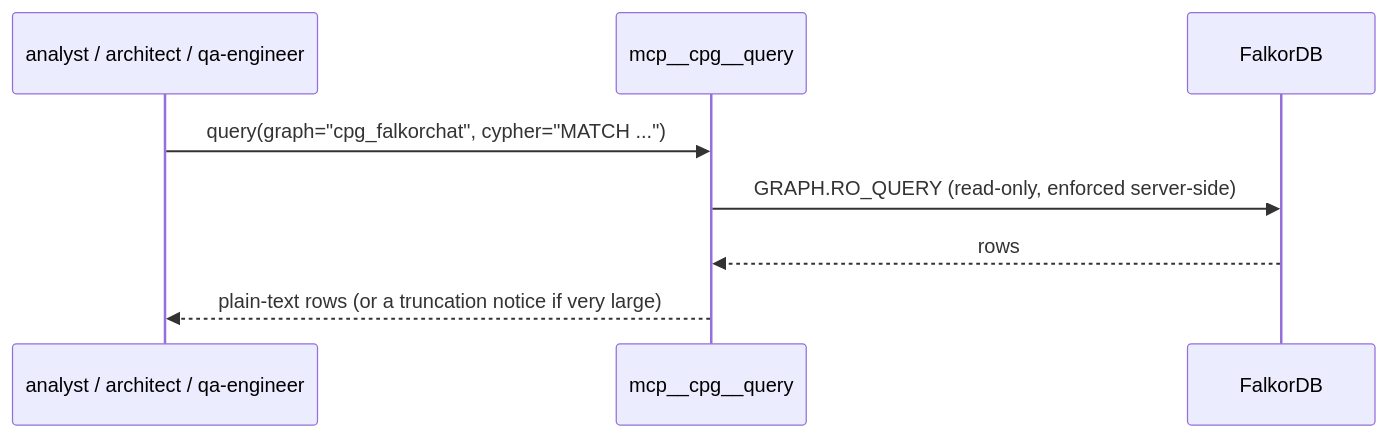
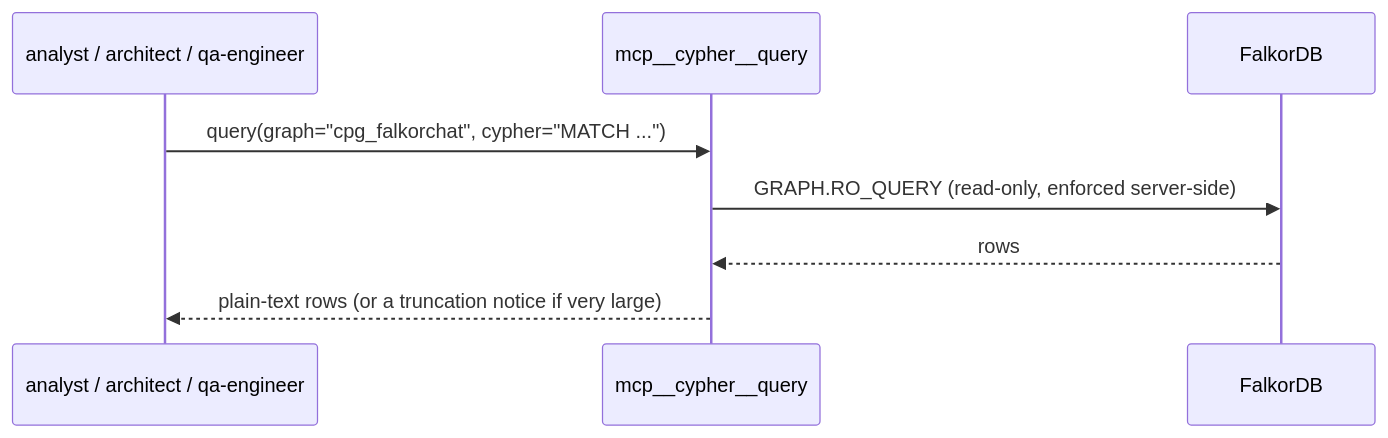
One commit to mauriciobs666/graphmind-ai-lab changed the third of 3 diagrams in docs/manuals/cpg-getting-started.md. Above: the diagram before and after it, drawn with Mermaid. The commit also changed other lines of this file and 18 other files, not shown here.

First line of the commit message:
docs(docs,mcp-monitor,falkor-chat): sweep for cpg->cypher rename, add M6 backlog section

````diff
--- a/docs/manuals/cpg-getting-started.md
+++ b/docs/manuals/cpg-getting-started.md
@@ -125,11 +125,11 @@
 ```mermaid
 sequenceDiagram
     participant Agent as analyst / architect / qa-engineer
-    participant Tool as mcp__cpg__query
+    participant Tool as mcp__cypher__query
     participant FalkorDB
 
     Agent->>Tool: query(graph="cpg_falkorchat", cypher="MATCH ...")
     Tool->>FalkorDB: GRAPH.RO_QUERY (read-only, enforced server-side)
     FalkorDB-->>Tool: rows
     Tool-->>Agent: plain-text rows (or a truncation notice if very large)
 ```
````
